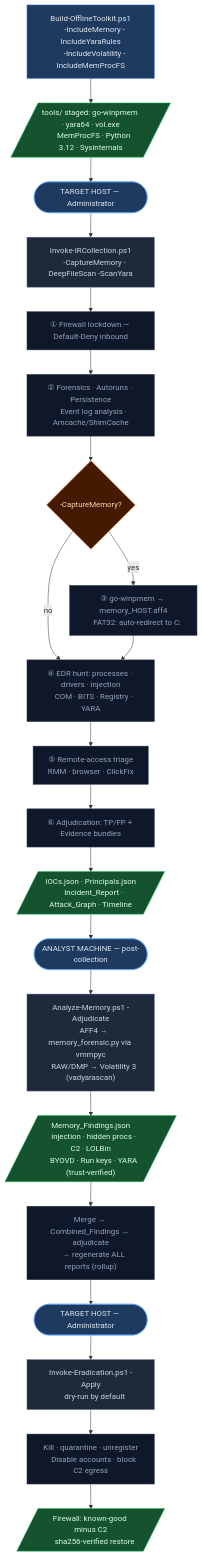
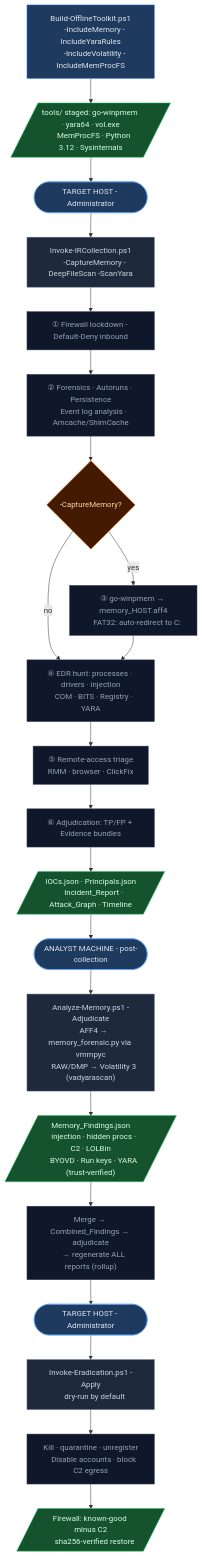
One commit to robert-iw3/ir_toolkit changed the diagram in WORKFLOW-WINDOWS.md. Above: the diagram before and after it, drawn with Mermaid. The commit also changed other lines of this file and 72 other files, not shown here.

````diff
--- a/WORKFLOW-WINDOWS.md
+++ b/WORKFLOW-WINDOWS.md
@@ -12,51 +12,51 @@
 ```mermaid
 flowchart TD
     A1["Build-OfflineToolkit.ps1
     -IncludeMemory -IncludeYaraRules
     -IncludeVolatility -IncludeMemProcFS"]:::prep
     A1 --> A2[/"tools/ staged: go-winpmem · yara64 · vol.exe
     MemProcFS · Python 3.12 · Sysinternals"/]:::artifact
 
-    A2 --> B0(["TARGET HOST — Administrator"]):::phase
+    A2 --> B0(["TARGET HOST - Administrator"]):::phase
     B0 --> B1["Invoke-IRCollection.ps1
     -CaptureMemory -DeepFileScan -ScanYara"]:::tool
-    B1 --> B2["① Firewall lockdown — Default-Deny inbound"]:::step
+    B1 --> B2["① Firewall lockdown - Default-Deny inbound"]:::step
     B2 --> B3["② Forensics · Autoruns · Persistence
     Event log analysis · Amcache/ShimCache"]:::step
     B3 --> B4{"-CaptureMemory?"}:::decision
     B4 -->|yes| B5["③ go-winpmem → memory_HOST.aff4
     FAT32: auto-redirect to C:"]:::step
     B4 -->|no| B6
     B5 --> B6["④ EDR hunt: processes · drivers · injection
     COM · BITS · Registry · YARA"]:::step
     B6 --> B7["⑤ Remote-access triage
     RMM · browser · ClickFix"]:::step
     B7 --> B8["⑥ Adjudication: TP/FP + Evidence bundles"]:::step
     B8 --> B9[/"IOCs.json · Principals.json
     Incident_Report · Attack_Graph · Timeline"/]:::artifact
 
-    B9 --> C0(["ANALYST MACHINE — post-collection"]):::phase
+    B9 --> C0(["ANALYST MACHINE - post-collection"]):::phase
     C0 --> C1["Analyze-Memory.ps1 -Adjudicate
     AFF4 → memory_forensic.py via vmmpyc
     RAW/DMP → Volatility 3 (vadyarascan)"]:::tool
     C1 --> C2[/"Memory_Findings.json
     injection · hidden procs · C2 · LOLBin
     BYOVD · Run keys · YARA (trust-verified)"/]:::artifact
     C2 --> C3["Merge → Combined_Findings → adjudicate
     → regenerate ALL reports (rollup)"]:::step
 
-    C3 --> D0(["TARGET HOST — Administrator"]):::phase
+    C3 --> D0(["TARGET HOST - Administrator"]):::phase
     D0 --> D1["Invoke-Eradication.ps1 -Apply
     dry-run by default"]:::tool
     D1 --> D2["Kill · quarantine · unregister
     Disable accounts · block C2 egress"]:::step
     D2 --> D3[/"Firewall: known-good minus C2
     sha256-verified restore"/]:::artifact
 
     classDef prep  fill:#1e3a5f,stroke:#3b82f6,color:#e2e8f0
     classDef phase fill:#1e3a5f,stroke:#60a5fa,color:#e2e8f0,rx:20
     classDef tool  fill:#1e293b,stroke:#64748b,color:#cbd5e1
     classDef step  fill:#0f172a,stroke:#334155,color:#94a3b8
     classDef artifact fill:#14532d,stroke:#22c55e,color:#dcfce7
     classDef decision fill:#451a03,stroke:#f97316,color:#fed7aa
 ```
````
